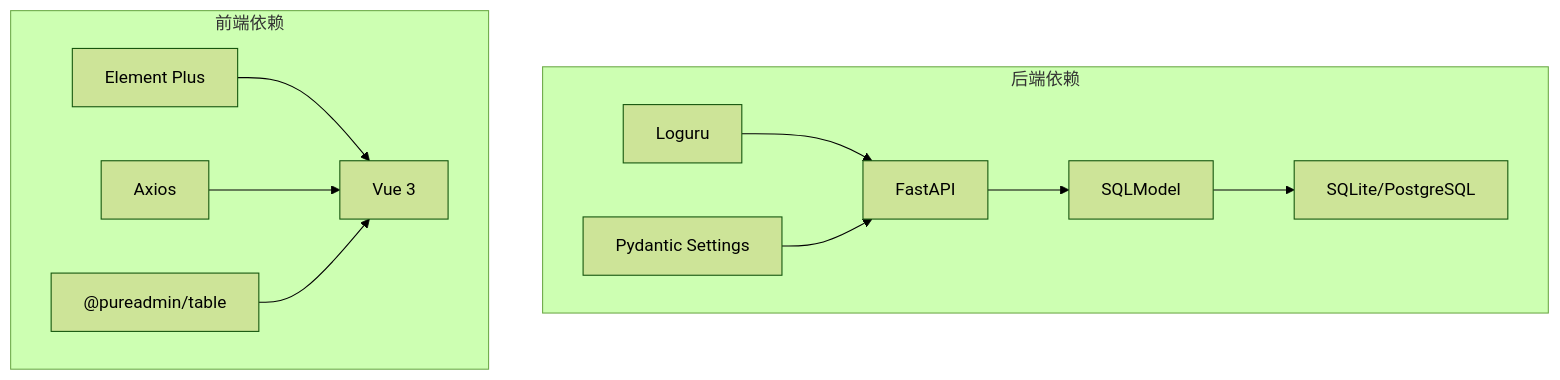
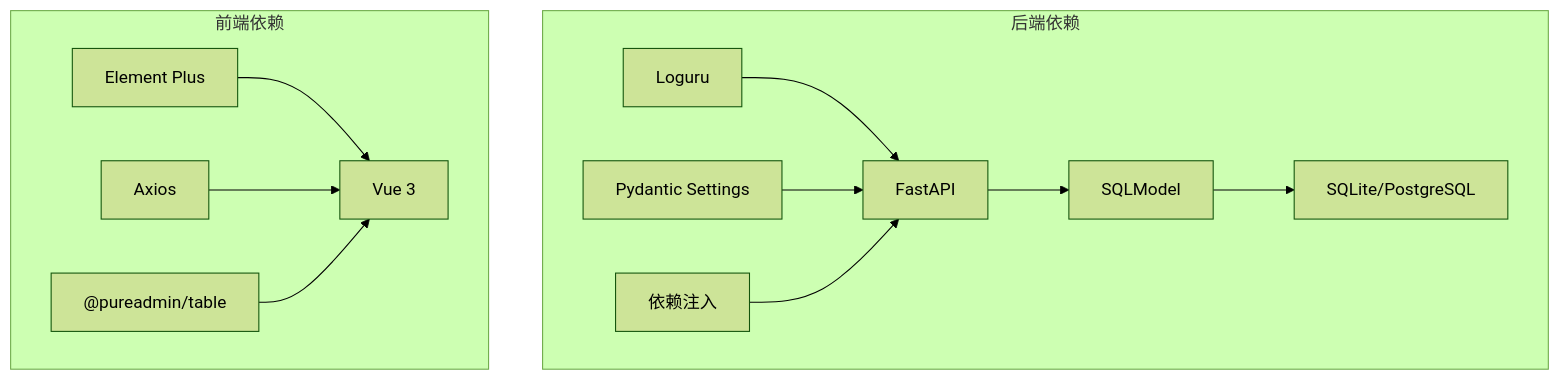
The eighth of 8 diagrams in .qoder/repowiki/zh/content/核心模块/日志系统.md (taoweidong/Hello-FastApi), drawn with Mermaid (forest theme) before and after one commit. The commit also changed other lines of this file and 18 other files, not shown here.

````diff
--- a/.qoder/repowiki/zh/content/核心模块/日志系统.md
+++ b/.qoder/repowiki/zh/content/核心模块/日志系统.md
@@ -586,23 +677,25 @@
 ```mermaid
 graph TB
 subgraph "后端依赖"
 L["Loguru"]
 F["FastAPI"]
 S["SQLModel"]
 P["Pydantic Settings"]
 DB["SQLite/PostgreSQL"]
+DI["依赖注入"]
 end
 subgraph "前端依赖"
 E["Element Plus"]
 V["Vue 3"]
 A["Axios"]
 PA["@pureadmin/table"]
 end
 L --> F
 F --> S
 P --> F
 S --> DB
+DI --> F
 E --> V
 A --> V
 PA --> V
 ```
````
